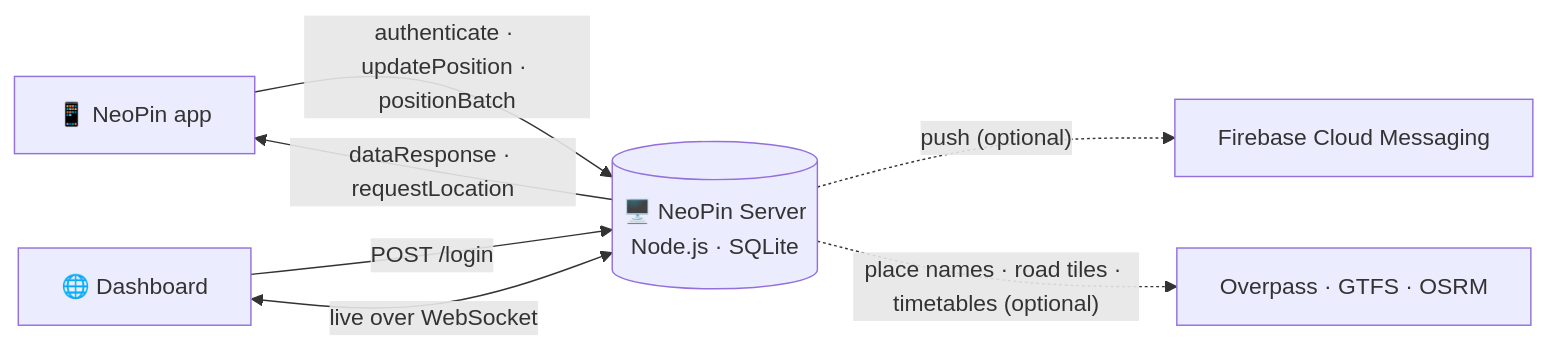
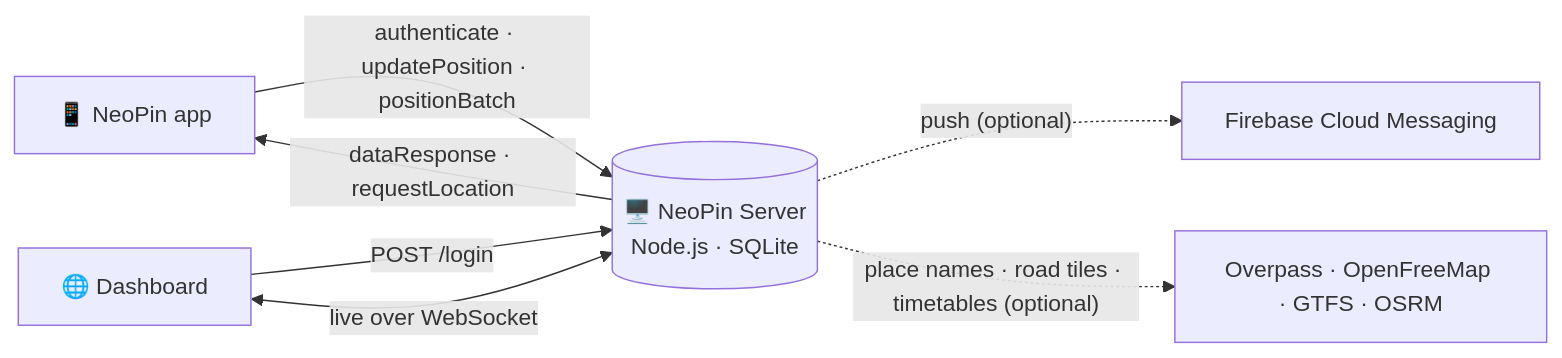
Before and after one commit to vxnsin/NeoPin: the diagram in README.md, drawn with Mermaid. The commit also changed other lines of this file and 14 other files, not shown here.

First line of the commit message:
Own road matcher: roads from OpenFreeMap, OSRM standing in while they load

````diff
--- a/README.md
+++ b/README.md
@@ -31,9 +31,9 @@
 ```mermaid
 flowchart LR
     A[📱 NeoPin app] -- "authenticate · updatePosition · positionBatch" --> S[(🖥️ NeoPin Server<br/>Node.js · SQLite)]
     S -- "dataResponse · requestLocation" --> A
     D[🌐 Dashboard] -- "POST /login" --> S
     D <-- "live over WebSocket" --> S
     S -. "push (optional)" .-> F[Firebase Cloud Messaging]
-    S -. "place names · road tiles · timetables (optional)" .-> O[Overpass · GTFS · OSRM]
+    S -. "place names · road tiles · timetables (optional)" .-> O[Overpass · OpenFreeMap · GTFS · OSRM]
 ```
````
